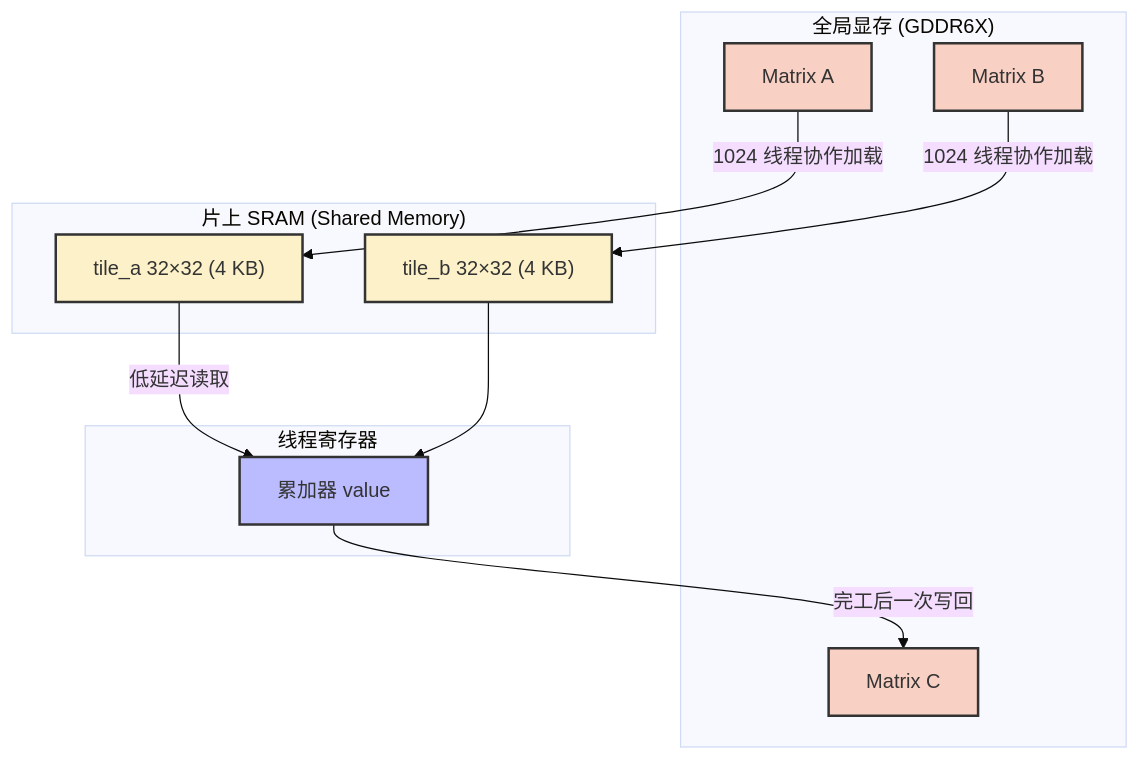
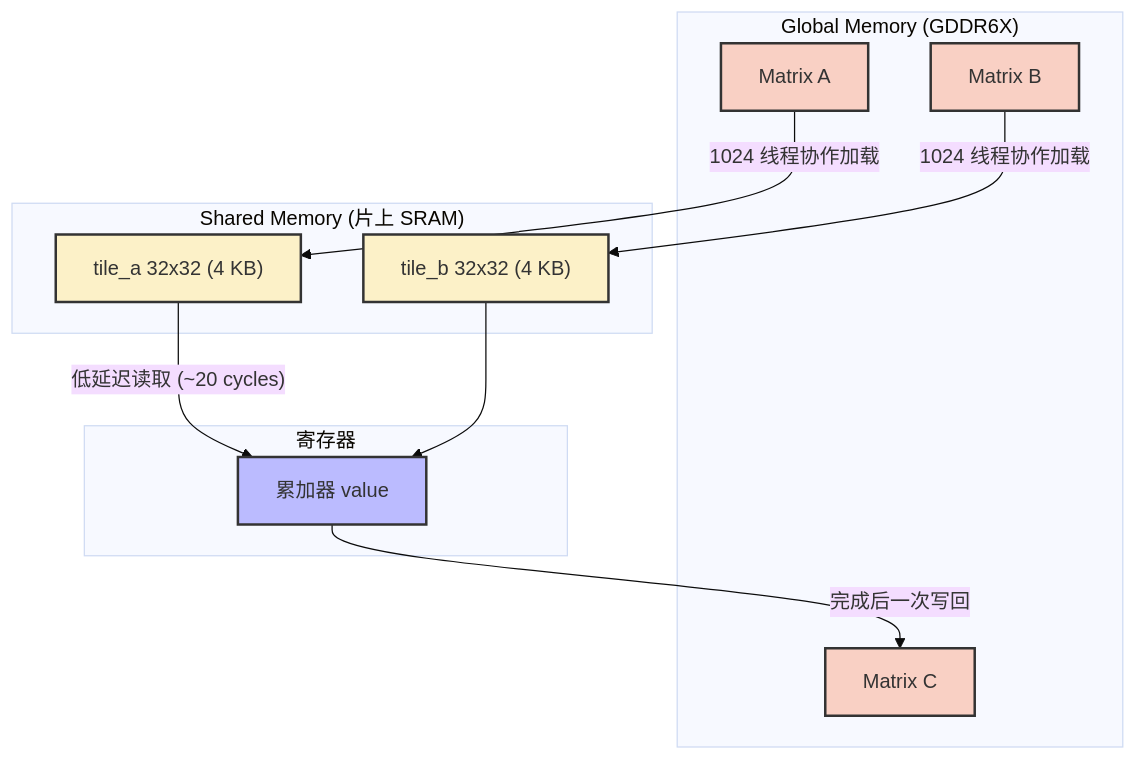
One commit to psmarter/CUDA-Practice changed the second of 3 diagrams in Blogs/01_Basics_Concepts_and_Tiling.md. Above: the diagram before and after it, drawn with Mermaid (base theme). The commit also changed other lines of this file and 15 other files, not shown here.

````diff
--- a/Blogs/01_Basics_Concepts_and_Tiling.md
+++ b/Blogs/01_Basics_Concepts_and_Tiling.md
@@ -68,27 +208,27 @@
 ```mermaid
 graph TD
     classDef gm fill:#f9d0c4,stroke:#333,stroke-width:2px;
     classDef sm fill:#fcf1c8,stroke:#333,stroke-width:2px;
     classDef reg fill:#bbf,stroke:#333,stroke-width:2px;
 
-    subgraph "全局显存 (GDDR6X)"
+    subgraph "Global Memory (GDDR6X)"
         A[Matrix A]:::gm
         B[Matrix B]:::gm
         C[Matrix C]:::gm
     end
 
-    subgraph "片上 SRAM (Shared Memory)"
-        SA["tile_a 32×32 (4 KB)"]:::sm
-        SB["tile_b 32×32 (4 KB)"]:::sm
+    subgraph "Shared Memory (片上 SRAM)"
+        SA["tile_a 32x32 (4 KB)"]:::sm
+        SB["tile_b 32x32 (4 KB)"]:::sm
     end
 
-    subgraph "线程寄存器"
+    subgraph "寄存器"
         R["累加器 value"]:::reg
     end
 
     A -- "1024 线程协作加载" --> SA
     B -- "1024 线程协作加载" --> SB
-    SA -- "低延迟读取" --> R
+    SA -- "低延迟读取 (~20 cycles)" --> R
     SB --> R
-    R -- "完工后一次写回" --> C
+    R -- "完成后一次写回" --> C
 ```
````
